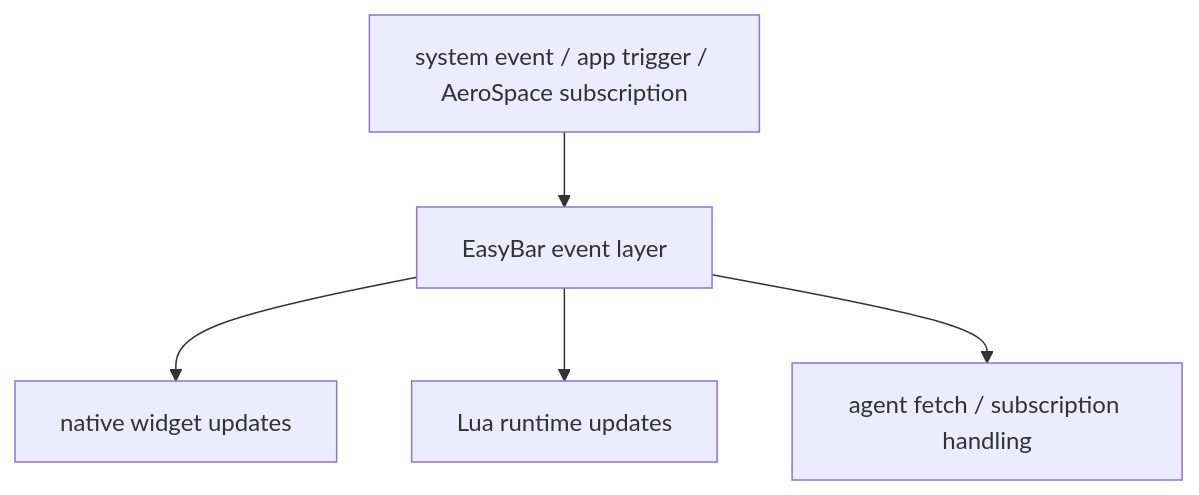
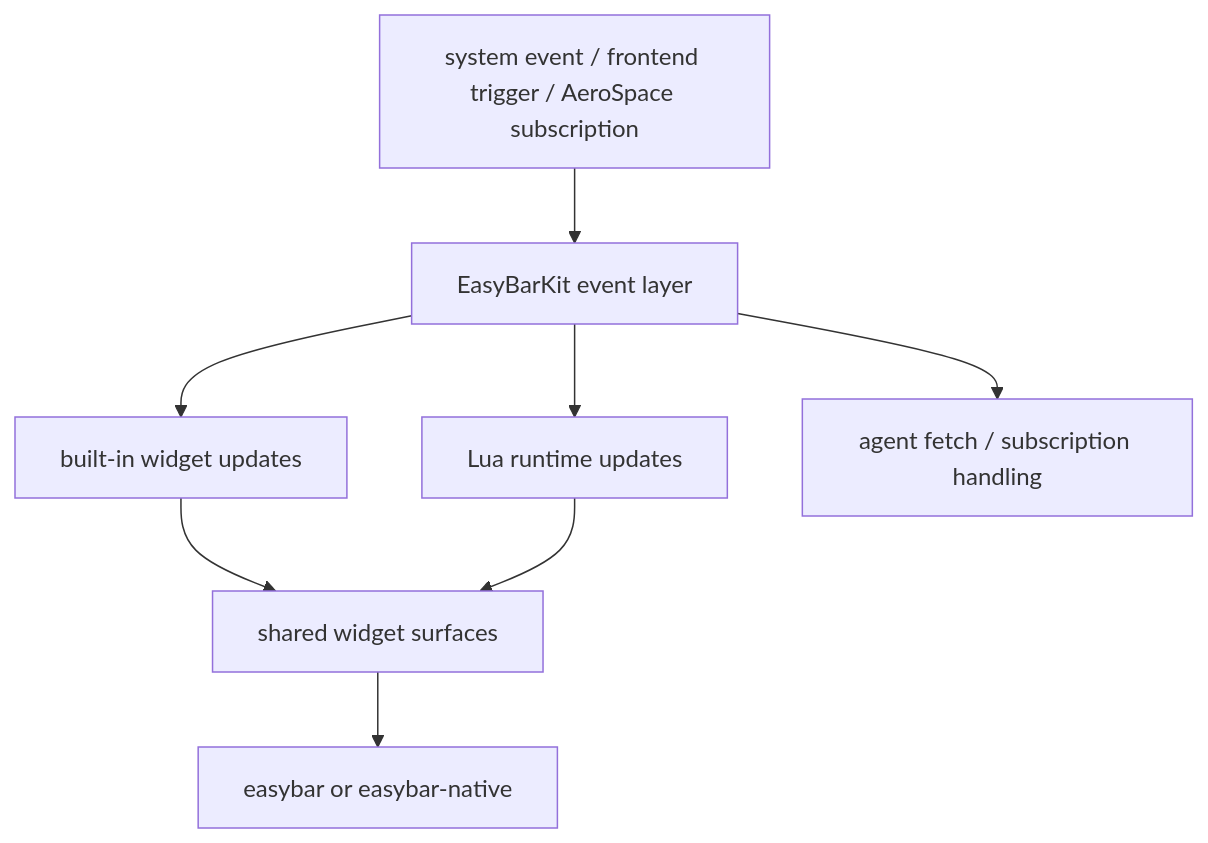
Before and after one commit to easybar-app/docs: the diagram in content/internals/architecture/event-flow.md, drawn with Mermaid. The commit also changed other lines of this file and 26 other files, not shown here.

Commit message:
docs: document the EasyBarKit frontend split

````diff
--- a/content/internals/architecture/event-flow.md
+++ b/content/internals/architecture/event-flow.md
@@ -14,8 +14,11 @@
 ```mermaid
 flowchart TB
-    Trigger["system event / app trigger / AeroSpace subscription"] --> EventLayer["EasyBar event layer"]
+    Trigger["system event / frontend trigger / AeroSpace subscription"] --> EventLayer["EasyBarKit event layer"]
 
-    EventLayer --> Native["native widget updates"]
+    EventLayer --> Native["built-in widget updates"]
     EventLayer --> Lua["Lua runtime updates"]
     EventLayer --> Agent["agent fetch / subscription handling"]
+    Native --> Surface["shared widget surfaces"]
+    Lua --> Surface
+    Surface --> Frontend["easybar or easybar-native"]
 ```
````
